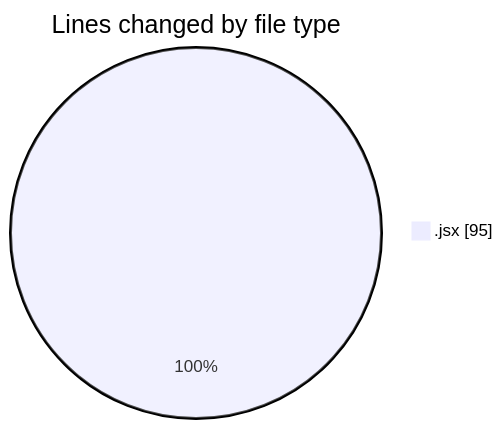
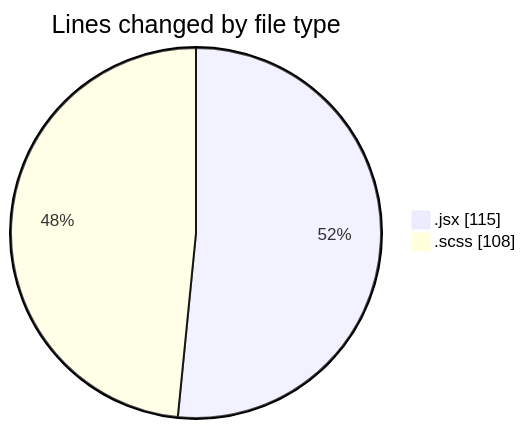
One commit to momahboobian/code-tracking changed the first of 2 diagrams in 2026-09-01/cda/README.md. Above: the diagram before and after it, drawn with Mermaid. The commit also changed other lines of this file and 1 other file, not shown here.

````diff
--- a/2026-09-01/cda/README.md
+++ b/2026-09-01/cda/README.md
@@ -20,5 +23,6 @@
 ```mermaid
 pie showData
 title Lines changed by file type
-".jsx" : 95
+".jsx" : 115
+".scss" : 108
 ```
````
